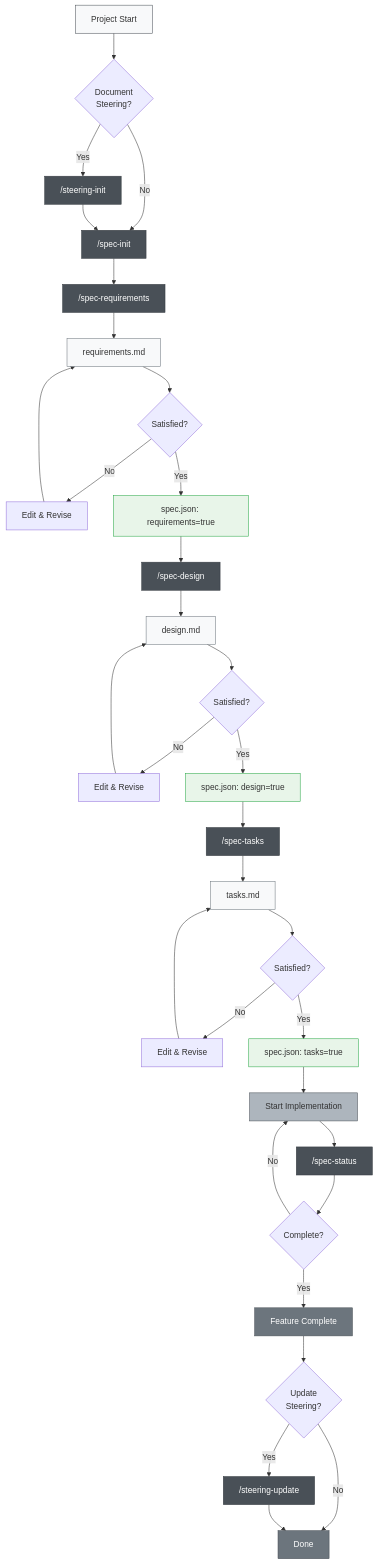
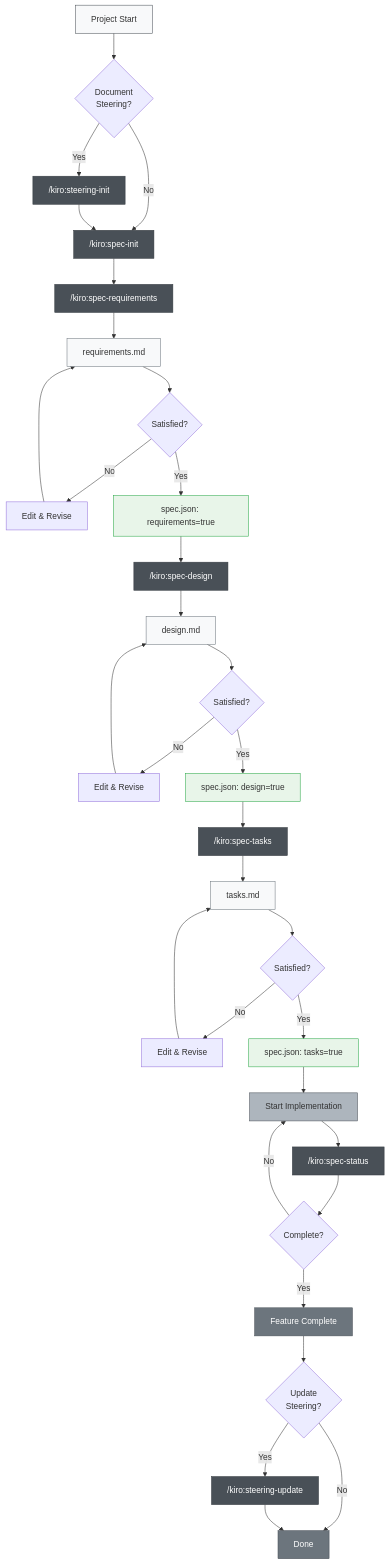
Before and after one commit to yi-john-huang/amazonq-spec: the first of 2 diagrams in README_en.md, drawn with Mermaid. The commit also changed other lines of this file and 15 other files, not shown here.

````diff
--- a/README_en.md
+++ b/README_en.md
@@ -120,58 +120,58 @@
 ```mermaid
 graph TD
     A["Project Start"] --> B{"Document<br/>Steering?"}
-    B -->|Yes| C["/steering-init"]
-    B -->|No| D["/spec-init"]
+    B -->|Yes| C["/kiro:steering-init"]
+    B -->|No| D["/kiro:spec-init"]
     C --> D
     
-    D --> E["/spec-requirements"]
+    D --> E["/kiro:spec-requirements"]
     E --> F["requirements.md"]
     F --> G{"Satisfied?"}
     G -->|No| G1["Edit & Revise"]
     G1 --> F
     G -->|Yes| H["spec.json: requirements=true"]
     
-    H --> I["/spec-design"]
+    H --> I["/kiro:spec-design"]
     I --> J["design.md"]
     J --> K{"Satisfied?"}
     K -->|No| K1["Edit & Revise"]
     K1 --> J
     K -->|Yes| L["spec.json: design=true"]
     
-    L --> M["/spec-tasks"]
+    L --> M["/kiro:spec-tasks"]
     M --> N["tasks.md"]
     N --> O{"Satisfied?"}
     O -->|No| O1["Edit & Revise"]
     O1 --> N
     O -->|Yes| P["spec.json: tasks=true"]
     
     P --> Q["Start Implementation"]
-    Q --> R["/spec-status"]
+    Q --> R["/kiro:spec-status"]
     R --> S{"Complete?"}
     S -->|No| Q
     S -->|Yes| T["Feature Complete"]
     
     T --> U{"Update<br/>Steering?"}
-    U -->|Yes| V["/steering-update"]
+    U -->|Yes| V["/kiro:steering-update"]
     U -->|No| W["Done"]
     V --> W
     
     %% Style definitions
     style A fill:#f8f9fa,stroke:#495057
     style C fill:#495057,stroke:#343a40,color:#ffffff
     style D fill:#495057,stroke:#343a40,color:#ffffff
     style E fill:#495057,stroke:#343a40,color:#ffffff
     style I fill:#495057,stroke:#343a40,color:#ffffff
     style M fill:#495057,stroke:#343a40,color:#ffffff
     style R fill:#495057,stroke:#343a40,color:#ffffff
     style V fill:#495057,stroke:#343a40,color:#ffffff
     style F fill:#f8f9fa,stroke:#6c757d
     style J fill:#f8f9fa,stroke:#6c757d
     style N fill:#f8f9fa,stroke:#6c757d
     style H fill:#e8f5e9,stroke:#28a745
     style L fill:#e8f5e9,stroke:#28a745
     style P fill:#e8f5e9,stroke:#28a745
     style Q fill:#adb5bd,stroke:#495057
     style T fill:#6c757d,stroke:#495057,color:#ffffff
     style W fill:#6c757d,stroke:#495057,color:#ffffff
 ```
````
